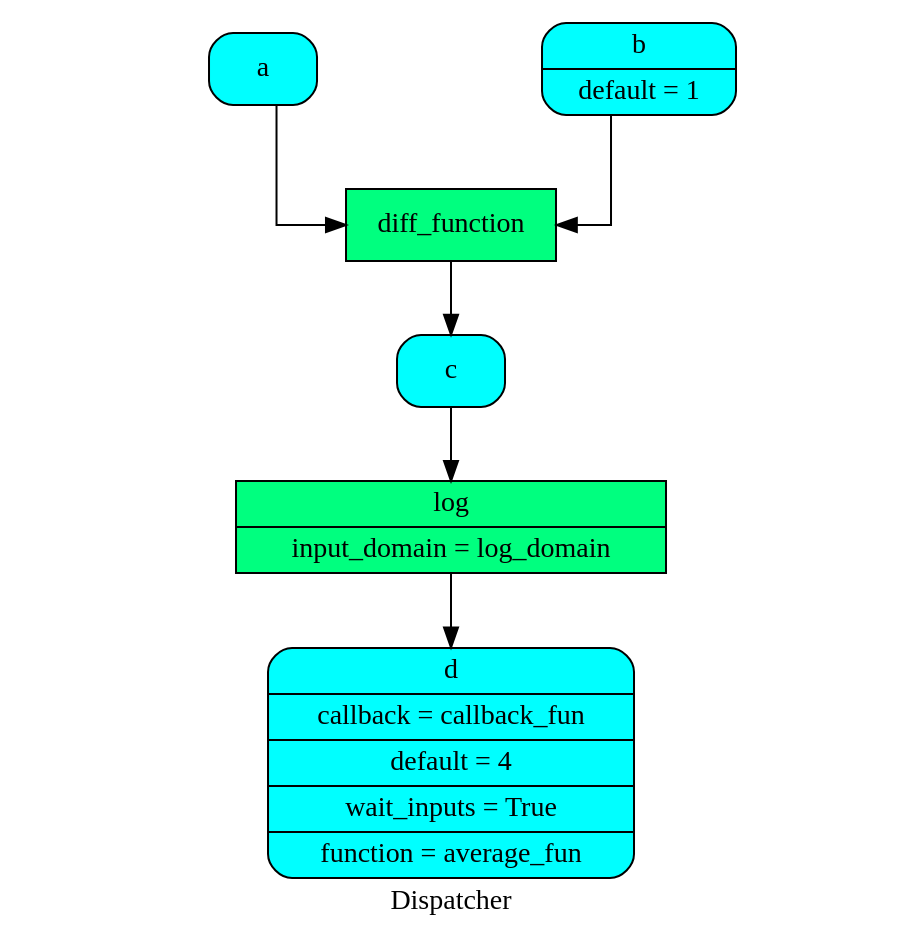
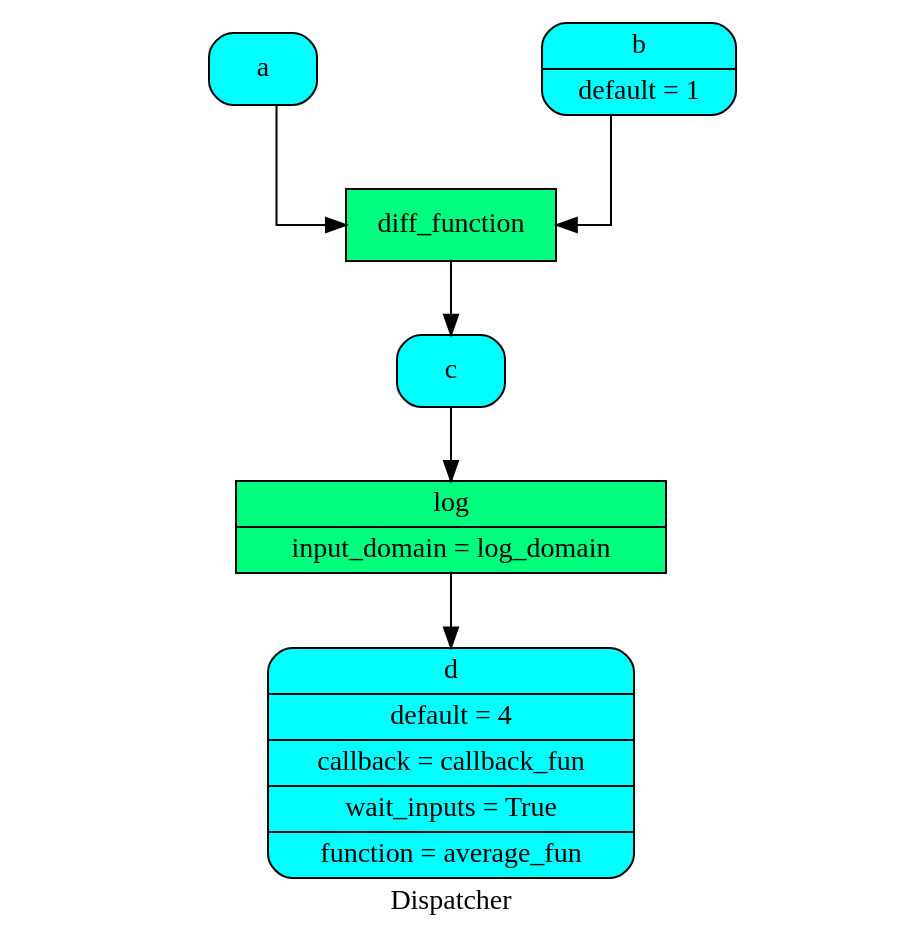
Before and after one commit to vinci1it2000/schedula: the diagram in doc/dispatcher/__init__/Dispatcher/dsp.dot, drawn with Graphviz. The commit also changed 27 other files, not shown here.

```diff
--- a/doc/dispatcher/__init__/Dispatcher/dsp.dot
+++ b/doc/dispatcher/__init__/Dispatcher/dsp.dot
@@ -1,17 +1,17 @@
 digraph Dispatcher {
 	graph [ratio=1]
 	node [style=filled]
 	label = "Dispatcher"
 	splines = ortho
-		Dispatcher_5285838715725610368 [label="{ a  }" fillcolor=cyan shape=Mrecord]
-		"Dispatcher_-1283898629557077595" [label="{ c  }" fillcolor=cyan shape=Mrecord]
-		"Dispatcher_-4776872530784439559" [label="{ d | callback = callback_fun | default = 4 | wait_inputs = True | function = average_fun }" fillcolor=cyan shape=Mrecord]
-		Dispatcher_842756815190668186 [label="{ b | default = 1 }" fillcolor=cyan shape=Mrecord]
-		Dispatcher_4414746544224342974 [label="{ diff_function  }" fillcolor=springgreen shape=record]
-		Dispatcher_8390516396552002735 [label="{ log | input_domain = log_domain }" fillcolor=springgreen shape=record]
-			Dispatcher_5285838715725610368 -> Dispatcher_4414746544224342974
-			"Dispatcher_-1283898629557077595" -> Dispatcher_8390516396552002735
-			Dispatcher_842756815190668186 -> Dispatcher_4414746544224342974
-			Dispatcher_4414746544224342974 -> "Dispatcher_-1283898629557077595"
-			Dispatcher_8390516396552002735 -> "Dispatcher_-4776872530784439559"
+		"Dispatcher_-3560345689608233296" [label="{ c  }" fillcolor=cyan shape=Mrecord]
+		"Dispatcher_-35248632753272255" [label="{ a  }" fillcolor=cyan shape=Mrecord]
+		"Dispatcher_-8801974575710628490" [label="{ b | default = 1 }" fillcolor=cyan shape=Mrecord]
+		"Dispatcher_-5137937428272944512" [label="{ log | input_domain = log_domain }" fillcolor=springgreen shape=record]
+		"Dispatcher_-7355484794926520005" [label="{ d | default = 4 | callback = callback_fun | wait_inputs = True | function = average_fun }" fillcolor=cyan shape=Mrecord]
+		"Dispatcher_-2559894370522712516" [label="{ diff_function  }" fillcolor=springgreen shape=record]
+			"Dispatcher_-3560345689608233296" -> "Dispatcher_-5137937428272944512"
+			"Dispatcher_-35248632753272255" -> "Dispatcher_-2559894370522712516"
+			"Dispatcher_-8801974575710628490" -> "Dispatcher_-2559894370522712516"
+			"Dispatcher_-5137937428272944512" -> "Dispatcher_-7355484794926520005"
+			"Dispatcher_-2559894370522712516" -> "Dispatcher_-3560345689608233296"
 }
```
